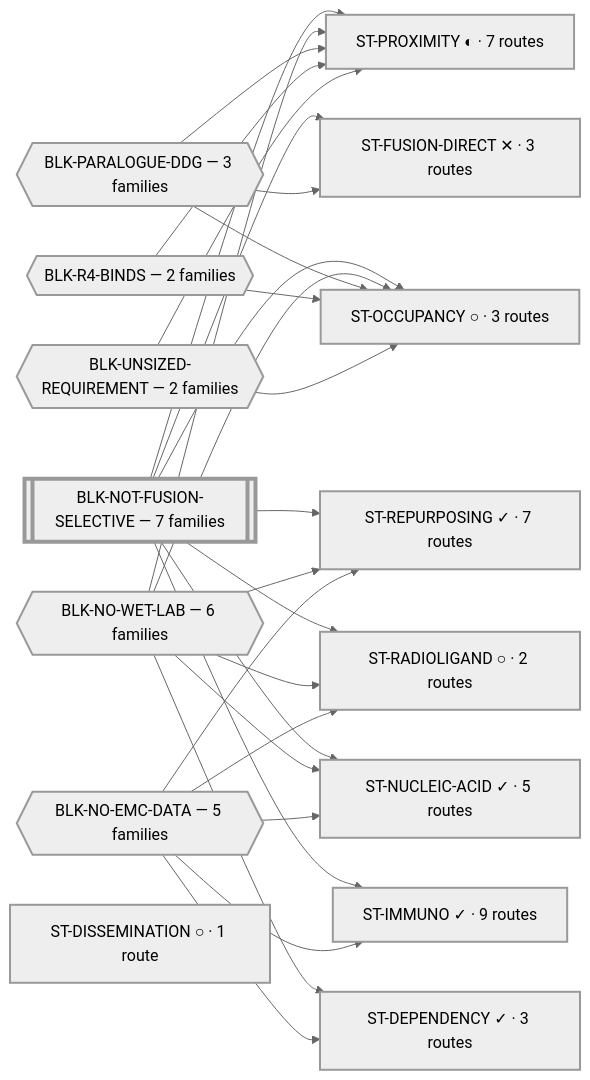
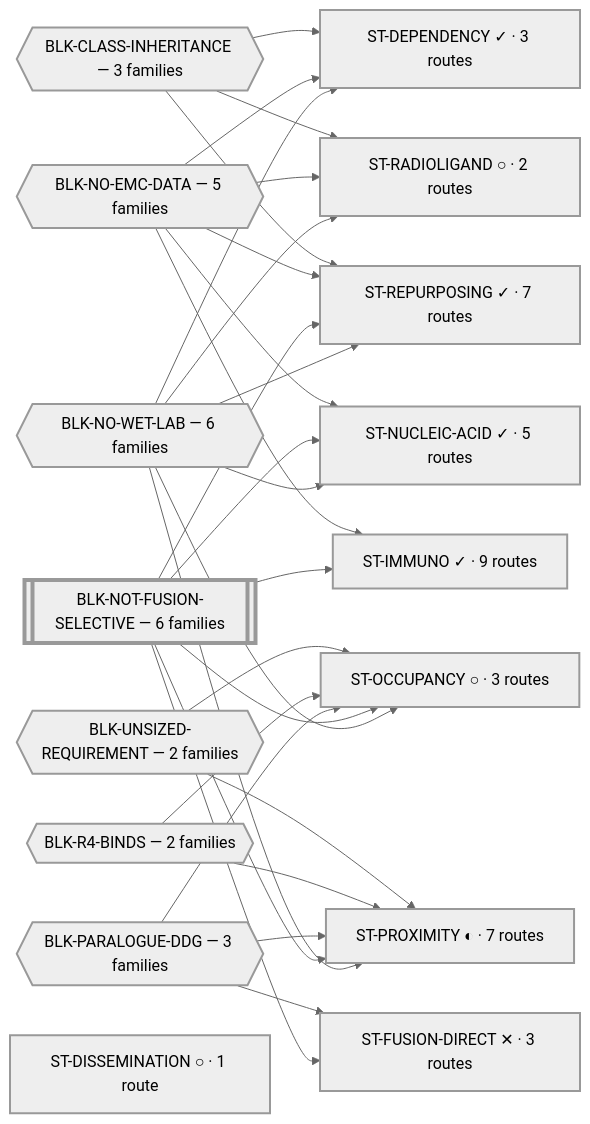
One commit to trimcrae/Rare-cancers changed the diagram in systems/views/L0-ecosystem.md. Above: the diagram before and after it, drawn with Mermaid (neutral theme). The commit also changed other lines of this file and 42 other files, not shown here.

First line of the commit message:
Route framing audit complete: ST-REPURPOSING, ST-DEPENDENCY, ST-RADIOLIGAND, ST-DISSEMINATION

````diff
--- a/systems/views/L0-ecosystem.md
+++ b/systems/views/L0-ecosystem.md
@@ -33,49 +33,52 @@
 ```mermaid
 flowchart LR
-  BLK_NOT_FUSION_SELECTIVE[["BLK-NOT-FUSION-SELECTIVE — 7 families"]]:::perm
   BLK_NO_WET_LAB{{"BLK-NO-WET-LAB — 6 families"}}:::blk
+  BLK_NOT_FUSION_SELECTIVE[["BLK-NOT-FUSION-SELECTIVE — 6 families"]]:::perm
   BLK_NO_EMC_DATA{{"BLK-NO-EMC-DATA — 5 families"}}:::blk
+  BLK_CLASS_INHERITANCE{{"BLK-CLASS-INHERITANCE — 3 families"}}:::blk
   BLK_PARALOGUE_DDG{{"BLK-PARALOGUE-DDG — 3 families"}}:::blk
   BLK_R4_BINDS{{"BLK-R4-BINDS — 2 families"}}:::blk
   BLK_UNSIZED_REQUIREMENT{{"BLK-UNSIZED-REQUIREMENT — 2 families"}}:::blk
 
   ST_IMMUNO["ST-IMMUNO ✓ · 9 routes"]:::fam
   ST_PROXIMITY["ST-PROXIMITY ◐ · 7 routes"]:::fam
   ST_REPURPOSING["ST-REPURPOSING ✓ · 7 routes"]:::fam
   ST_NUCLEIC_ACID["ST-NUCLEIC-ACID ✓ · 5 routes"]:::fam
   ST_DEPENDENCY["ST-DEPENDENCY ✓ · 3 routes"]:::fam
   ST_FUSION_DIRECT["ST-FUSION-DIRECT ✕ · 3 routes"]:::fam
   ST_OCCUPANCY["ST-OCCUPANCY ○ · 3 routes"]:::fam
   ST_RADIOLIGAND["ST-RADIOLIGAND ○ · 2 routes"]:::fam
   ST_DISSEMINATION["ST-DISSEMINATION ○ · 1 route"]:::fam
 
-  BLK_NOT_FUSION_SELECTIVE --> ST_FUSION_DIRECT
-  BLK_NOT_FUSION_SELECTIVE --> ST_IMMUNO
-  BLK_NOT_FUSION_SELECTIVE --> ST_NUCLEIC_ACID
-  BLK_NOT_FUSION_SELECTIVE --> ST_OCCUPANCY
-  BLK_NOT_FUSION_SELECTIVE --> ST_PROXIMITY
-  BLK_NOT_FUSION_SELECTIVE --> ST_RADIOLIGAND
-  BLK_NOT_FUSION_SELECTIVE --> ST_REPURPOSING
   BLK_NO_WET_LAB --> ST_DEPENDENCY
   BLK_NO_WET_LAB --> ST_NUCLEIC_ACID
   BLK_NO_WET_LAB --> ST_OCCUPANCY
   BLK_NO_WET_LAB --> ST_PROXIMITY
   BLK_NO_WET_LAB --> ST_RADIOLIGAND
   BLK_NO_WET_LAB --> ST_REPURPOSING
+  BLK_NOT_FUSION_SELECTIVE --> ST_FUSION_DIRECT
+  BLK_NOT_FUSION_SELECTIVE --> ST_IMMUNO
+  BLK_NOT_FUSION_SELECTIVE --> ST_NUCLEIC_ACID
+  BLK_NOT_FUSION_SELECTIVE --> ST_OCCUPANCY
+  BLK_NOT_FUSION_SELECTIVE --> ST_PROXIMITY
+  BLK_NOT_FUSION_SELECTIVE --> ST_REPURPOSING
   BLK_NO_EMC_DATA --> ST_DEPENDENCY
   BLK_NO_EMC_DATA --> ST_IMMUNO
   BLK_NO_EMC_DATA --> ST_NUCLEIC_ACID
   BLK_NO_EMC_DATA --> ST_RADIOLIGAND
   BLK_NO_EMC_DATA --> ST_REPURPOSING
+  BLK_CLASS_INHERITANCE --> ST_DEPENDENCY
+  BLK_CLASS_INHERITANCE --> ST_RADIOLIGAND
+  BLK_CLASS_INHERITANCE --> ST_REPURPOSING
   BLK_PARALOGUE_DDG --> ST_FUSION_DIRECT
   BLK_PARALOGUE_DDG --> ST_OCCUPANCY
   BLK_PARALOGUE_DDG --> ST_PROXIMITY
   BLK_R4_BINDS --> ST_OCCUPANCY
   BLK_R4_BINDS --> ST_PROXIMITY
   BLK_UNSIZED_REQUIREMENT --> ST_OCCUPANCY
   BLK_UNSIZED_REQUIREMENT --> ST_PROXIMITY
   classDef fam stroke-width:2px;
   classDef blk stroke-width:2px;
   classDef perm stroke-width:4px;
   classDef tech stroke-width:1px,stroke-dasharray:4 3;
 ```
````
